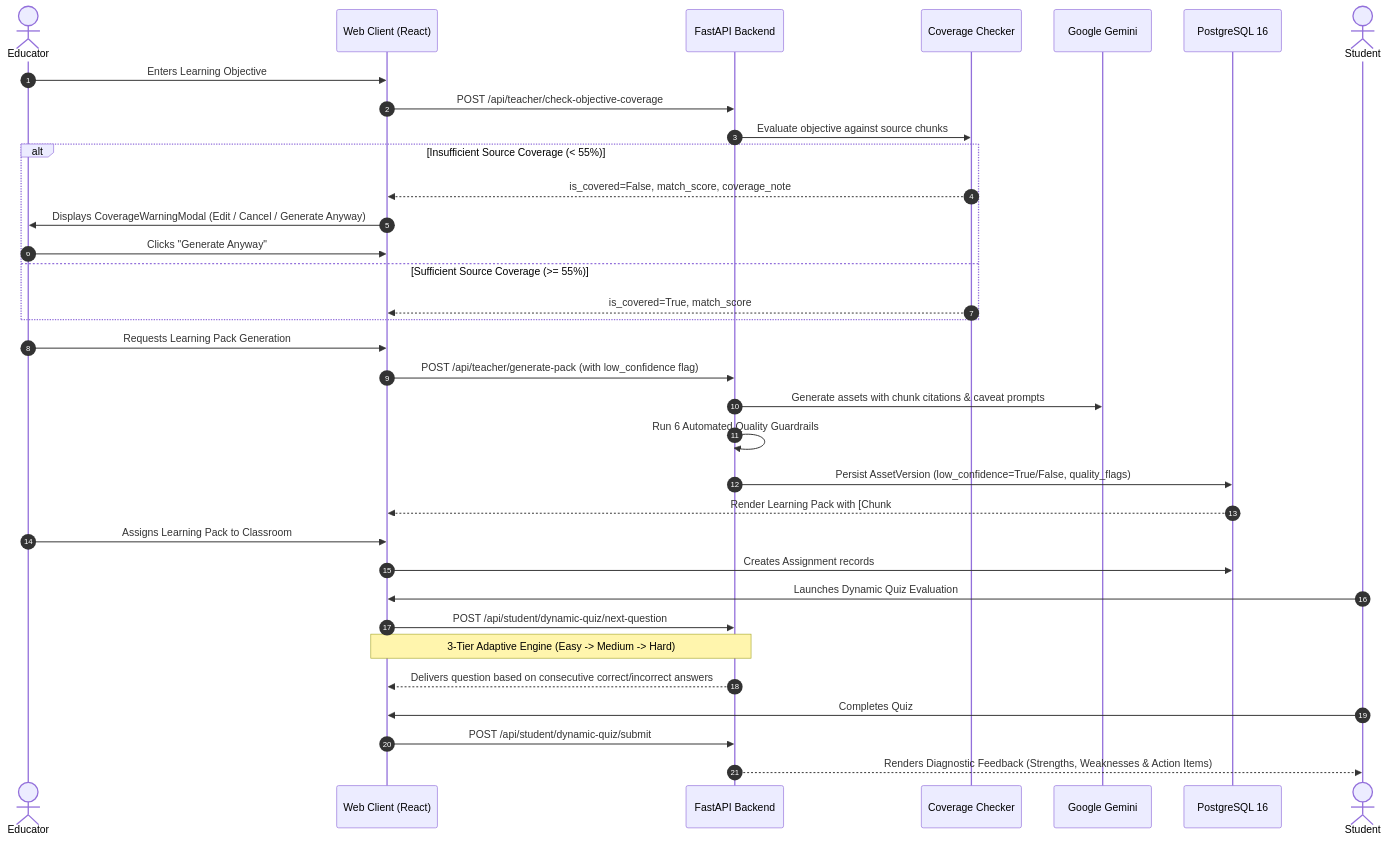
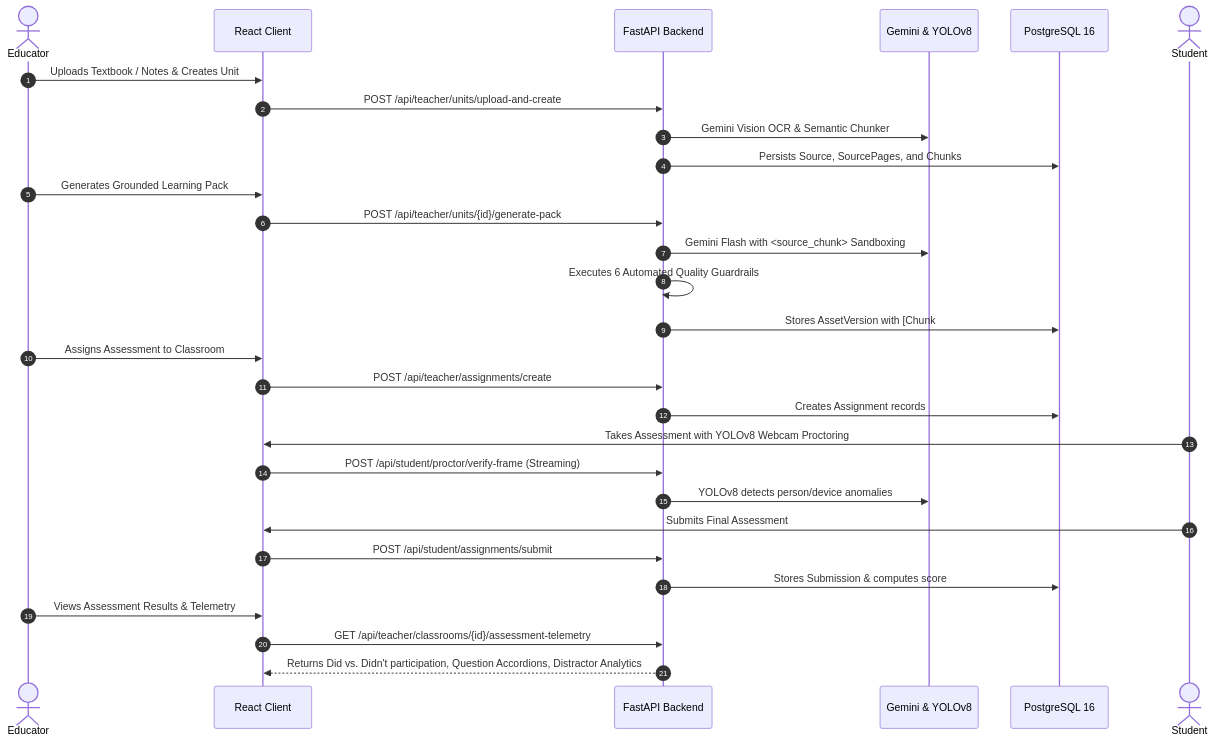
Before and after one commit to Prasanna11-22/edugen-ai: the second of 2 diagrams in README.md, drawn with Mermaid. The commit also changed other lines of this file, not shown here.

Commit message:
docs: update README.md with Retrievo branding, assessment telemetry, YOLOv8 proctoring, and updated architecture

````diff
--- a/README.md
+++ b/README.md
@@ -140,40 +150,36 @@
 ```mermaid
 sequenceDiagram
     autonumber
     actor Teacher as Educator
-    participant Frontend as Web Client (React)
+    participant Frontend as React Client
     participant API as FastAPI Backend
-    participant GapDetector as Coverage Checker
-    participant LLM as Google Gemini
+    participant AI as Gemini & YOLOv8
     participant DB as PostgreSQL 16
     actor Student as Student
 
-    Teacher->>Frontend: Enters Learning Objective
-    Frontend->>API: POST /api/teacher/check-objective-coverage
-    API->>GapDetector: Evaluate objective against source chunks
-    alt Insufficient Source Coverage (< 55%)
-        GapDetector-->>Frontend: is_covered=False, match_score, coverage_note
-        Frontend->>Teacher: Displays CoverageWarningModal (Edit / Cancel / Generate Anyway)
-        Teacher->>Frontend: Clicks "Generate Anyway"
-    else Sufficient Source Coverage (>= 55%)
-        GapDetector-->>Frontend: is_covered=True, match_score
-    end
+    Teacher->>Frontend: Uploads Textbook / Notes & Creates Unit
+    Frontend->>API: POST /api/teacher/units/upload-and-create
+    API->>AI: Gemini Vision OCR & Semantic Chunker
+    API->>DB: Persists Source, SourcePages, and Chunks
+    
+    Teacher->>Frontend: Generates Grounded Learning Pack
+    Frontend->>API: POST /api/teacher/units/{id}/generate-pack
+    API->>AI: Gemini Flash with <source_chunk> Sandboxing
+    API->>API: Executes 6 Automated Quality Guardrails
+    API->>DB: Stores AssetVersion with [Chunk #N] citations
+    
+    Teacher->>Frontend: Assigns Assessment to Classroom
+    Frontend->>API: POST /api/teacher/assignments/create
+    API->>DB: Creates Assignment records
 
-    Teacher->>Frontend: Requests Learning Pack Generation
-    Frontend->>API: POST /api/teacher/generate-pack (with low_confidence flag)
-    API->>LLM: Generate assets with chunk citations & caveat prompts
-    API->>API: Run 6 Automated Quality Guardrails
-    API->>DB: Persist AssetVersion (low_confidence=True/False, quality_flags)
-    DB-->>Frontend: Render Learning Pack with [Chunk #N] citations & badges
-
-    Teacher->>Frontend: Assigns Learning Pack to Classroom
-    Frontend->>DB: Creates Assignment records
-
-    Student->>Frontend: Launches Dynamic Quiz Evaluation
-    Frontend->>API: POST /api/student/dynamic-quiz/next-question
-    Note over Frontend,API: 3-Tier Adaptive Engine (Easy -> Medium -> Hard)
-    API-->>Frontend: Delivers question based on consecutive correct/incorrect answers
-    Student->>Frontend: Completes Quiz
-    Frontend->>API: POST /api/student/dynamic-quiz/submit
-    API-->>Student: Renders Diagnostic Feedback (Strengths, Weaknesses & Action Items)
+    Student->>Frontend: Takes Assessment with YOLOv8 Webcam Proctoring
+    Frontend->>API: POST /api/student/proctor/verify-frame (Streaming)
+    API->>AI: YOLOv8 detects person/device anomalies
+    Student->>Frontend: Submits Final Assessment
+    Frontend->>API: POST /api/student/assignments/submit
+    API->>DB: Stores Submission & computes score
+    
+    Teacher->>Frontend: Views Assessment Results & Telemetry
+    Frontend->>API: GET /api/teacher/classrooms/{id}/assessment-telemetry
+    API-->>Frontend: Returns Did vs. Didn't participation, Question Accordions, Distractor Analytics
 ```
````
